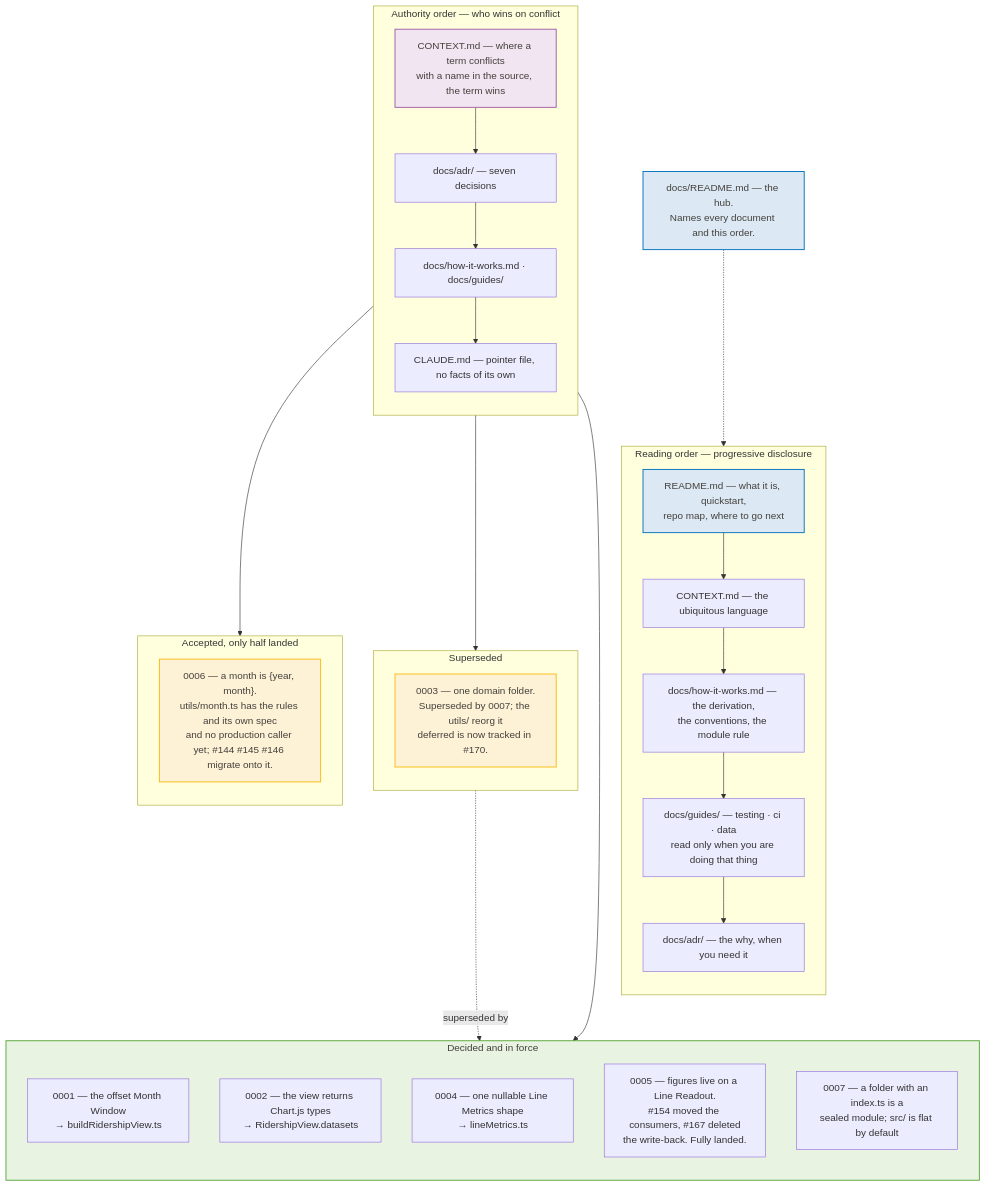
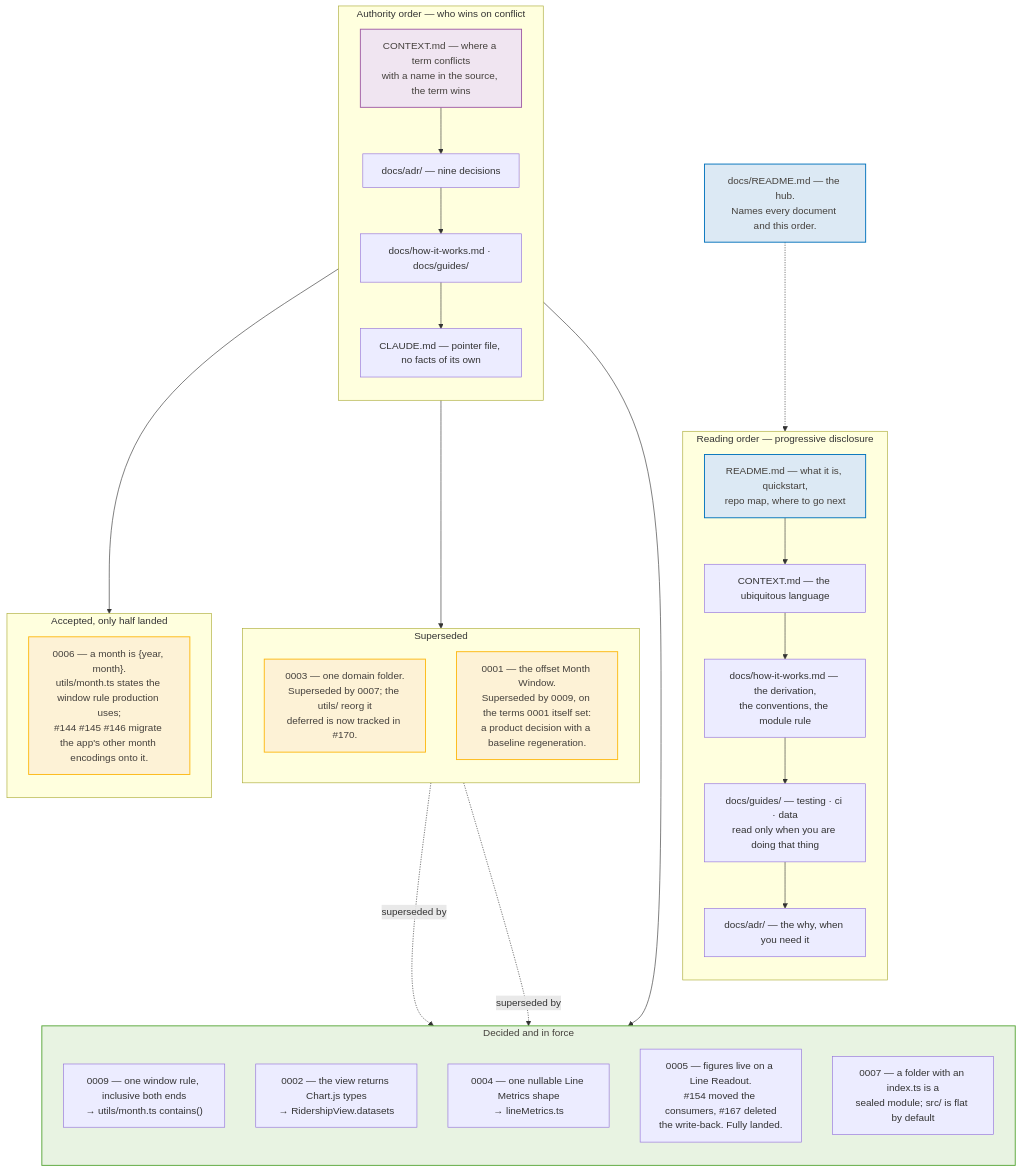
The diagram in docs/architecture/mermaid/21-docs-adr-map.mmd (streetsforall/metro_ridership_app), drawn with Mermaid before and after one commit. The commit also changed 54 other files, not shown here.

```diff
--- a/docs/architecture/mermaid/21-docs-adr-map.mmd
+++ b/docs/architecture/mermaid/21-docs-adr-map.mmd
@@ -1,56 +1,59 @@
 flowchart TB
   subgraph reading["Reading order — progressive disclosure"]
     direction TB
     r0["README.md — what it is, quickstart,<br/>repo map, where to go next"]
     r1["CONTEXT.md — the ubiquitous language"]
     r2["docs/how-it-works.md — the derivation,<br/>the conventions, the module rule"]
     r3["docs/guides/ — testing · ci · data<br/>read only when you are doing that thing"]
     r4["docs/adr/ — the why, when you need it"]
     r0 --> r1 --> r2 --> r3 --> r4
   end
 
   hub["docs/README.md — the hub.<br/>Names every document and this order."]
   hub -.-> reading
 
   subgraph authority["Authority order — who wins on conflict"]
     direction TB
     ctx["CONTEXT.md — where a term conflicts<br/>with a name in the source, the term wins"]
-    adrs["docs/adr/ — seven decisions"]
+    adrs["docs/adr/ — nine decisions"]
     prose["docs/how-it-works.md · docs/guides/"]
     pointer["CLAUDE.md — pointer file, no facts of its own"]
     ctx --> adrs --> prose --> pointer
   end
 
   subgraph landed["Decided and in force"]
     direction TB
-    a1["0001 — the offset Month Window<br/>→ buildRidershipView.ts"]
+    a9["0009 — one window rule, inclusive both ends<br/>→ utils/month.ts contains()"]
     a2["0002 — the view returns Chart.js types<br/>→ RidershipView.datasets"]
     a4["0004 — one nullable Line Metrics shape<br/>→ lineMetrics.ts"]
     a5["0005 — figures live on a Line Readout.<br/>#154 moved the consumers, #167 deleted<br/>the write-back. Fully landed."]
     a7["0007 — a folder with an index.ts is a<br/>sealed module; src/ is flat by default"]
   end
 
   subgraph half["Accepted, only half landed"]
     direction TB
-    a6["0006 — a month is {year, month}.<br/>utils/month.ts has the rules and its own spec<br/>and no production caller yet; #144 #145 #146 migrate onto it."]
+    a6["0006 — a month is {year, month}.<br/>utils/month.ts states the window rule production uses;<br/>#144 #145 #146 migrate the app's other month encodings onto it."]
   end
 
   subgraph superseded["Superseded"]
     direction TB
     a3["0003 — one domain folder.<br/>Superseded by 0007; the utils/ reorg it<br/>deferred is now tracked in #170."]
+    a1["0001 — the offset Month Window.<br/>Superseded by 0009, on the terms 0001 itself set:<br/>a product decision with a baseline regeneration."]
   end
 
   adrs --> landed
   adrs --> half
   adrs --> superseded
   a3 -.->|superseded by| a7
+  a1 -.->|superseded by| a9
 
   classDef authorityC fill:#f0e5f1,stroke:#a05da5,stroke-width:1.5px,color:#44403c
   classDef pending fill:#fdf2d6,stroke:#fdb913,stroke-width:1.5px,color:#44403c
   classDef surface fill:#e8f3e2,stroke:#58a738,stroke-width:1.5px,color:#44403c
   classDef entry fill:#dce9f4,stroke:#0072bc,stroke-width:1.5px,color:#44403c
   class ctx authorityC
   class a6 pending
   class a3 pending
+  class a1 pending
   class landed surface
   class hub,r0 entry
```
